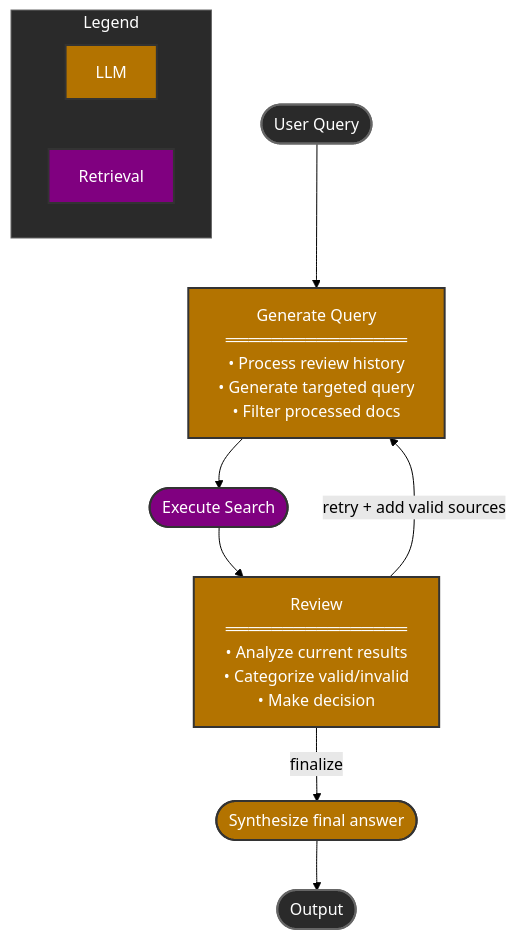
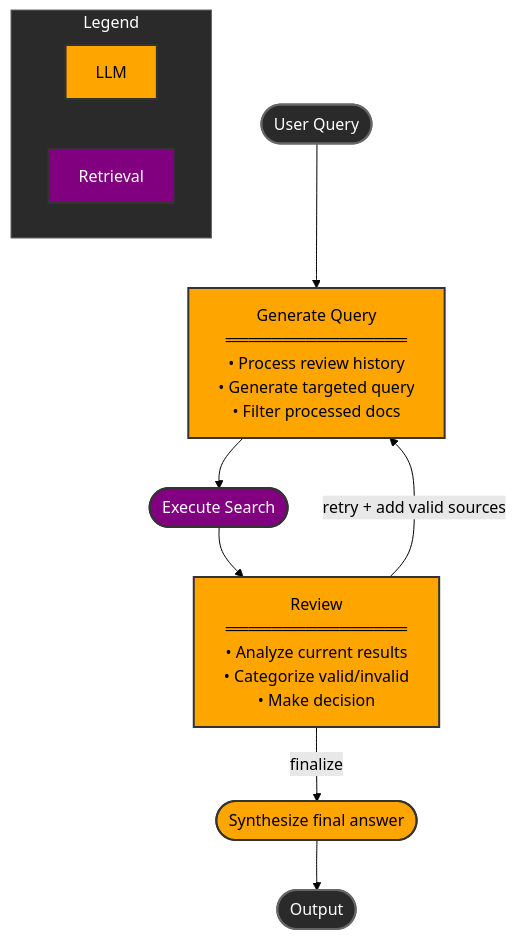
One commit to talibhussain5545/RAG_Runner changed the diagram in docs/agentic_doc_chunk_rag.md. Above: the diagram before and after it, drawn with Mermaid (forest theme).

````diff
--- a/docs/agentic_doc_chunk_rag.md
+++ b/docs/agentic_doc_chunk_rag.md
@@ -9,38 +9,38 @@
 ```mermaid
 graph TD
     subgraph Legend ["Legend"]
         L1[LLM]:::llm
         L2[Retrieval]:::retrieval
     end
     
     A([User Query]) --> B["Generate Query
     ════════════════
     • Process review history
     • Generate targeted query
     • Filter processed docs"]
     
     B --> C([Execute Search])
     
     C --> D["Review
     ════════════════
     • Analyze current results
     • Categorize valid/invalid
     • Make decision"]
     
     D -->|retry + add valid sources| B
     D -->|finalize| E([Synthesize final answer])
     
     E --> F([Output])
 
     style A fill:#2A2A2A,stroke:#666,stroke-width:2px,color:#fff
-    style B fill:#b37300,stroke:#333,stroke-width:2px,color:#fff
+    style B fill:#FFA500,stroke:#333,stroke-width:2px,color:#000
     style C fill:#800080,stroke:#333,stroke-width:2px,color:#fff
-    style D fill:#b37300,stroke:#333,stroke-width:2px,color:#fff
-    style E fill:#b37300,stroke:#333,stroke-width:2px,color:#fff
+    style D fill:#FFA500,stroke:#333,stroke-width:2px,color:#000
+    style E fill:#FFA500,stroke:#333,stroke-width:2px,color:#000
     style F fill:#2A2A2A,stroke:#666,stroke-width:2px,color:#fff
     style Legend fill:#2A2A2A,color:#fff,stroke:#666
     
-    classDef llm fill:#b37300,stroke:#333,stroke-width:2px,color:#fff
+    classDef llm fill:#FFA500,stroke:#333,stroke-width:2px,color:#000
     classDef retrieval fill:#800080,stroke:#333,stroke-width:2px,color:#fff
     classDef default color:#fff
 ```
````
